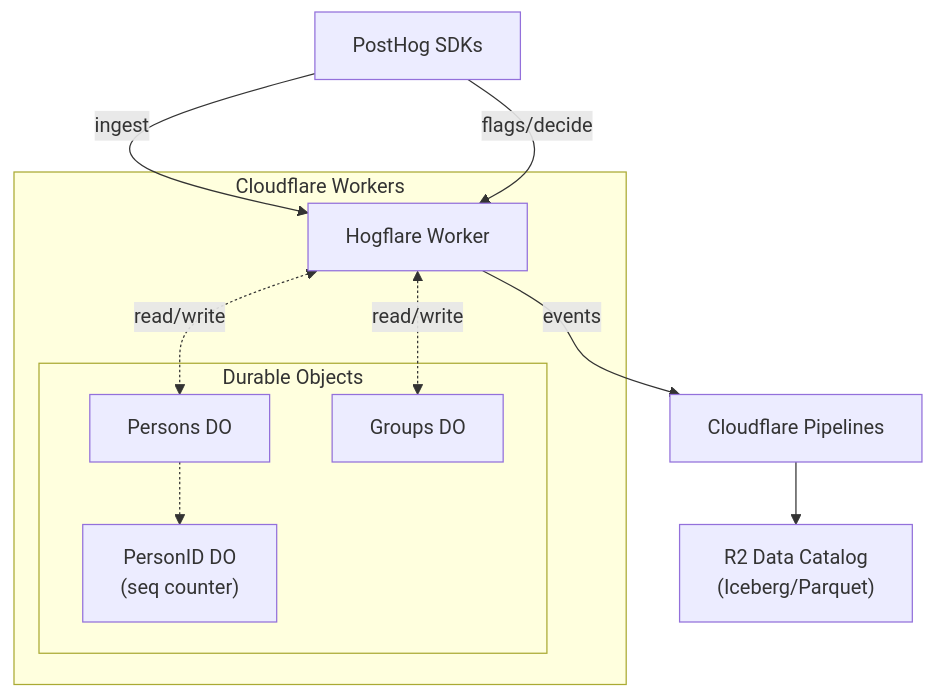
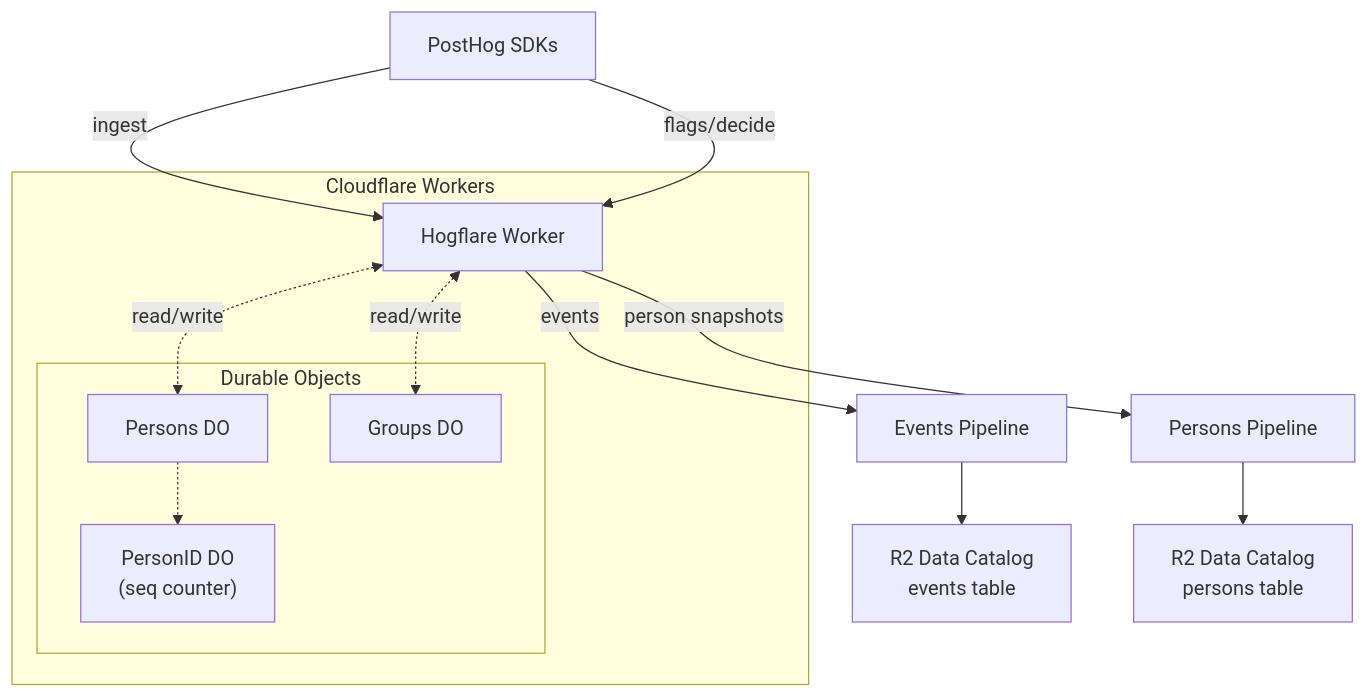
Before and after one commit to sidequery/hogflare: the diagram in README.md, drawn with Mermaid. The commit also changed other lines of this file and 15 other files, not shown here.

Commit message:
Add queryable persons pipeline

````diff
--- a/README.md
+++ b/README.md
@@ -16,24 +17,26 @@
 ```mermaid
 flowchart TB
     SDKs["PostHog SDKs"]
 
     SDKs -->|"ingest"| Worker
     SDKs -->|"flags/decide"| Worker
 
     subgraph CF["Cloudflare Workers"]
         Worker["Hogflare Worker"]
 
         subgraph DOs["Durable Objects"]
             PersonsDO["Persons DO"]
             PersonIdDO["PersonID DO<br/>(seq counter)"]
             GroupsDO["Groups DO"]
         end
 
         Worker <-.->|"read/write"| PersonsDO
         Worker <-.->|"read/write"| GroupsDO
         PersonsDO -.-> PersonIdDO
     end
 
-    Worker -->|"events"| Pipeline["Cloudflare Pipelines"]
-    Pipeline --> R2["R2 Data Catalog<br/>(Iceberg/Parquet)"]
+    Worker -->|"events"| EventsPipeline["Events Pipeline"]
+    Worker -->|"person snapshots"| PersonsPipeline["Persons Pipeline"]
+    EventsPipeline --> EventsR2["R2 Data Catalog<br/>events table"]
+    PersonsPipeline --> PersonsR2["R2 Data Catalog<br/>persons table"]
 ```
````
